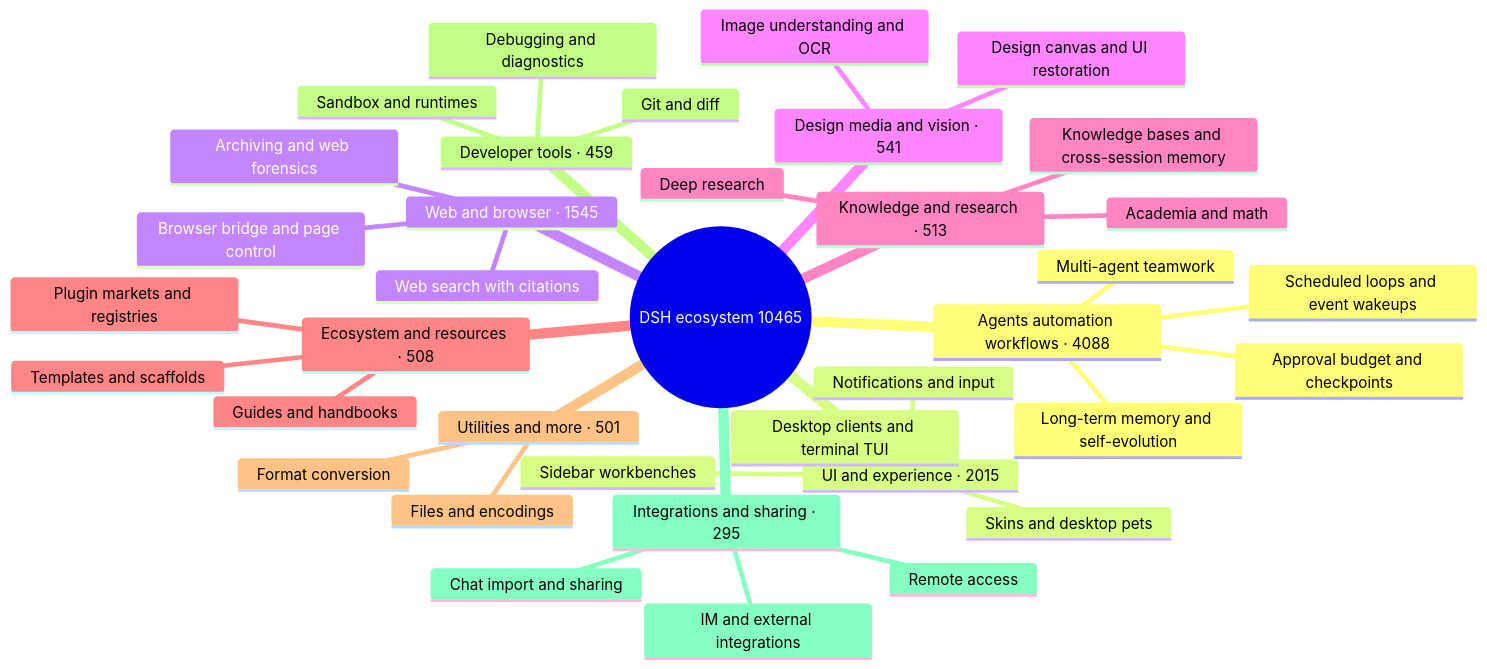
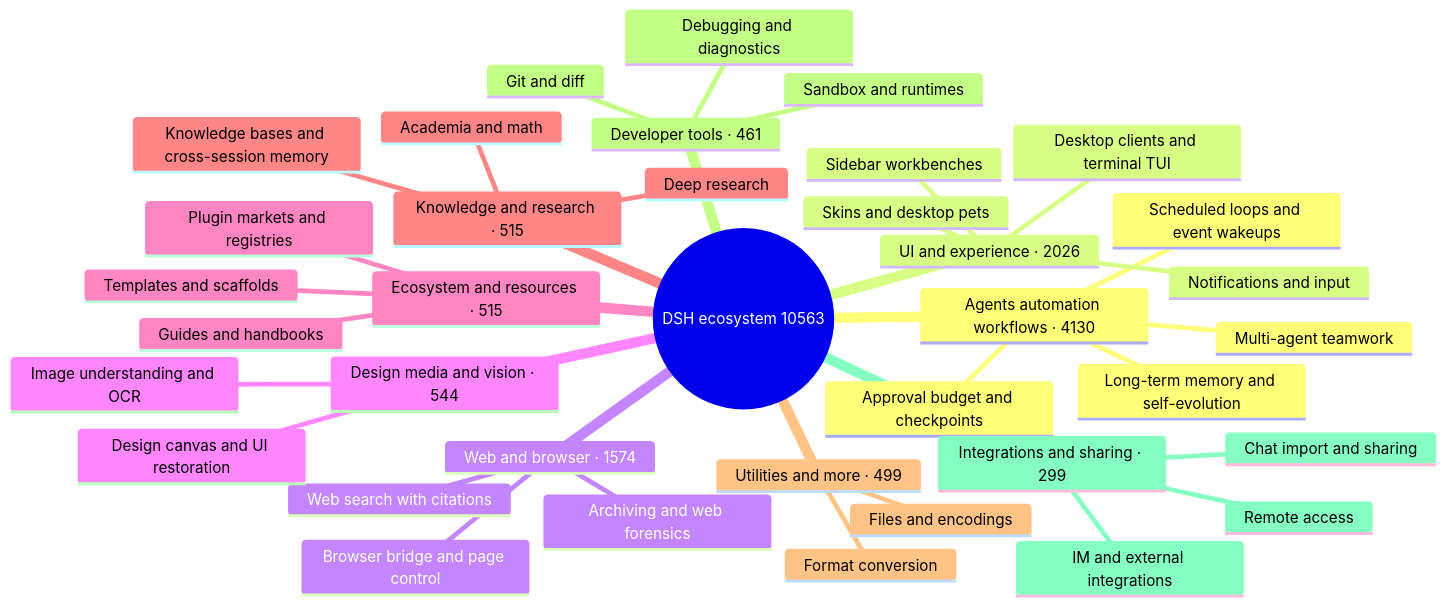
Before and after one commit to bruc3van/awesome-dsh-plugin: the diagram in README_EN.md, drawn with Mermaid. The commit also changed other lines of this file and 18 other files, not shown here.

````diff
--- a/README_EN.md
+++ b/README_EN.md
@@ -33,40 +33,40 @@
 ```mermaid
 mindmap
-  root((DSH ecosystem 10465))
-    Agents automation workflows · 4088
+  root((DSH ecosystem 10563))
+    Agents automation workflows · 4130
       Scheduled loops and event wakeups
       Multi-agent teamwork
       Long-term memory and self-evolution
       Approval budget and checkpoints
-    UI and experience · 2015
+    UI and experience · 2026
       Desktop clients and terminal TUI
       Sidebar workbenches
       Skins and desktop pets
       Notifications and input
-    Web and browser · 1545
+    Web and browser · 1574
       Browser bridge and page control
       Web search with citations
       Archiving and web forensics
-    Design media and vision · 541
+    Design media and vision · 544
       Image understanding and OCR
       Design canvas and UI restoration
-    Knowledge and research · 513
+    Ecosystem and resources · 515
+      Plugin markets and registries
+      Templates and scaffolds
+      Guides and handbooks
+    Knowledge and research · 515
       Knowledge bases and cross-session memory
       Deep research
       Academia and math
-    Ecosystem and resources · 508
-      Plugin markets and registries
-      Templates and scaffolds
-      Guides and handbooks
-    Utilities and more · 501
+    Utilities and more · 499
       Files and encodings
       Format conversion
-    Developer tools · 459
+    Developer tools · 461
       Git and diff
       Sandbox and runtimes
       Debugging and diagnostics
-    Integrations and sharing · 295
+    Integrations and sharing · 299
       Chat import and sharing
       Remote access
       IM and external integrations
 ```
````
